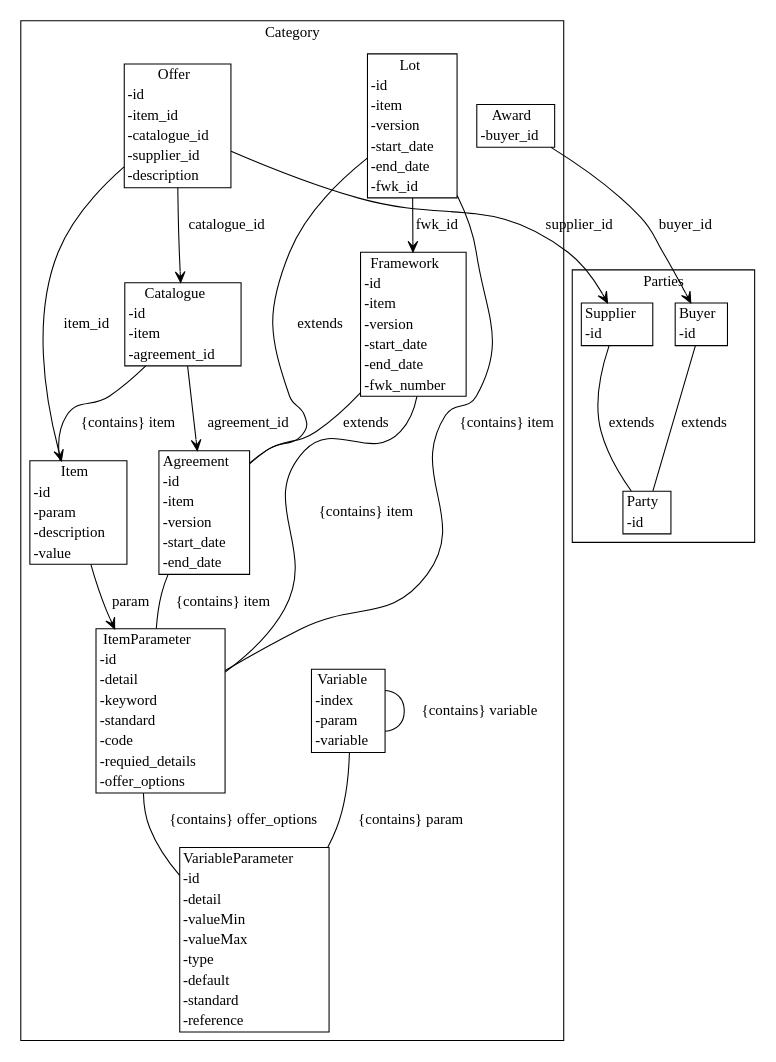
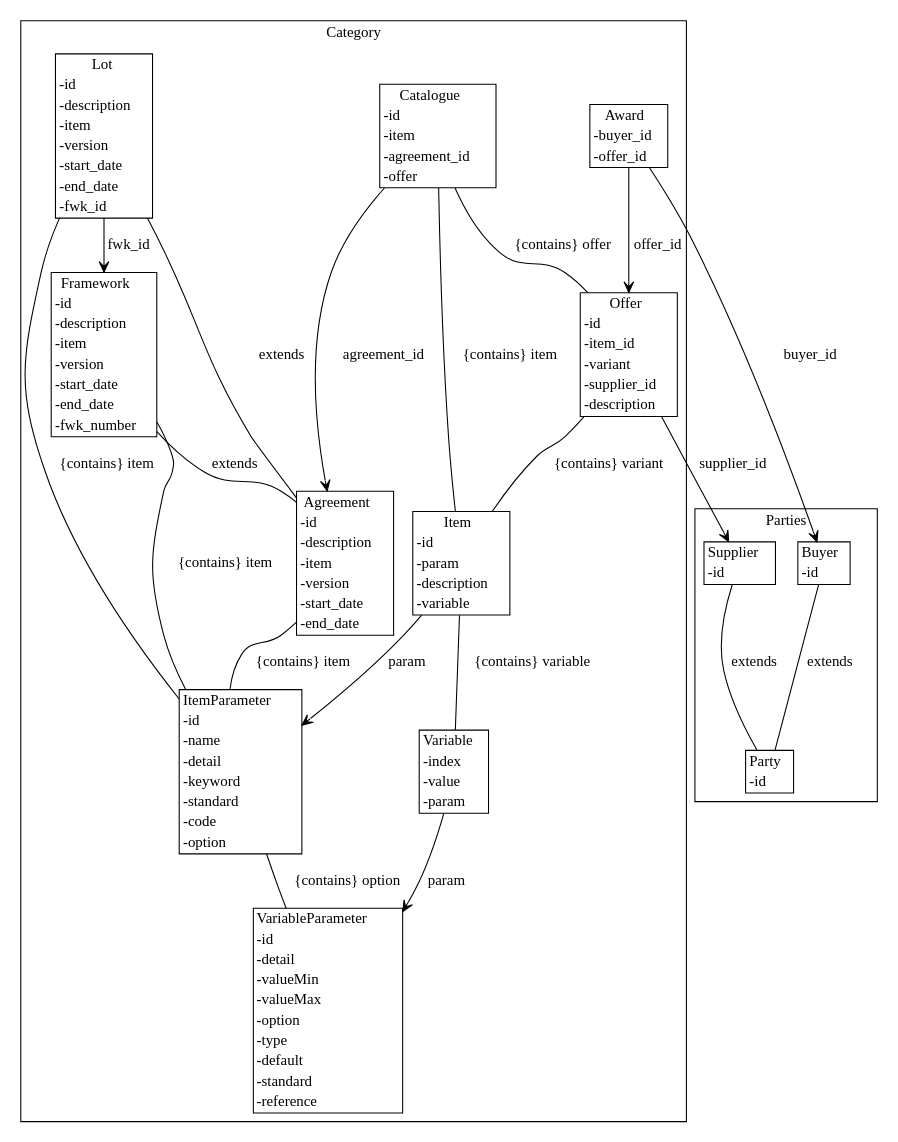
The diagram in agreement-design/gen/diagrams/data_model.dot (Crown-Commercial-Service/cmp-design-prototype), drawn with Graphviz before and after one commit. The commit also changed 6 other files, not shown here.

```diff
--- a/agreement-design/gen/diagrams/data_model.dot
+++ b/agreement-design/gen/diagrams/data_model.dot
@@ -1,42 +1,44 @@
 strict digraph {
 subgraph cluster_Category {
 node [shape=plaintext margin=0];
 label=Category;
-"VariableParameter" [label=<<table BORDER="1" CELLBORDER="0" CELLSPACING="0"><TH><TD>VariableParameter</TD></TH><TR><TD ALIGN="LEFT">-id</TD></TR><TR><TD ALIGN="LEFT">-detail</TD></TR><TR><TD ALIGN="LEFT">-valueMin</TD></TR><TR><TD ALIGN="LEFT">-valueMax</TD></TR><TR><TD ALIGN="LEFT">-type</TD></TR><TR><TD ALIGN="LEFT">-default</TD></TR><TR><TD ALIGN="LEFT">-standard</TD></TR><TR><TD ALIGN="LEFT">-reference</TD></TR></table>>];
-"ItemParameter" [label=<<table BORDER="1" CELLBORDER="0" CELLSPACING="0"><TH><TD>ItemParameter</TD></TH><TR><TD ALIGN="LEFT">-id</TD></TR><TR><TD ALIGN="LEFT">-detail</TD></TR><TR><TD ALIGN="LEFT">-keyword</TD></TR><TR><TD ALIGN="LEFT">-standard</TD></TR><TR><TD ALIGN="LEFT">-code</TD></TR><TR><TD ALIGN="LEFT">-requied_details</TD></TR><TR><TD ALIGN="LEFT">-offer_options</TD></TR></table>>];
-"Agreement" [label=<<table BORDER="1" CELLBORDER="0" CELLSPACING="0"><TH><TD>Agreement</TD></TH><TR><TD ALIGN="LEFT">-id</TD></TR><TR><TD ALIGN="LEFT">-item</TD></TR><TR><TD ALIGN="LEFT">-version</TD></TR><TR><TD ALIGN="LEFT">-start_date</TD></TR><TR><TD ALIGN="LEFT">-end_date</TD></TR></table>>];
-"Framework" [label=<<table BORDER="1" CELLBORDER="0" CELLSPACING="0"><TH><TD>Framework</TD></TH><TR><TD ALIGN="LEFT">-id</TD></TR><TR><TD ALIGN="LEFT">-item</TD></TR><TR><TD ALIGN="LEFT">-version</TD></TR><TR><TD ALIGN="LEFT">-start_date</TD></TR><TR><TD ALIGN="LEFT">-end_date</TD></TR><TR><TD ALIGN="LEFT">-fwk_number</TD></TR></table>>];
-"Lot" [label=<<table BORDER="1" CELLBORDER="0" CELLSPACING="0"><TH><TD>Lot</TD></TH><TR><TD ALIGN="LEFT">-id</TD></TR><TR><TD ALIGN="LEFT">-item</TD></TR><TR><TD ALIGN="LEFT">-version</TD></TR><TR><TD ALIGN="LEFT">-start_date</TD></TR><TR><TD ALIGN="LEFT">-end_date</TD></TR><TR><TD ALIGN="LEFT">-fwk_id</TD></TR></table>>];
-"Variable" [label=<<table BORDER="1" CELLBORDER="0" CELLSPACING="0"><TH><TD>Variable</TD></TH><TR><TD ALIGN="LEFT">-index</TD></TR><TR><TD ALIGN="LEFT">-param</TD></TR><TR><TD ALIGN="LEFT">-variable</TD></TR></table>>];
-"Item" [label=<<table BORDER="1" CELLBORDER="0" CELLSPACING="0"><TH><TD>Item</TD></TH><TR><TD ALIGN="LEFT">-id</TD></TR><TR><TD ALIGN="LEFT">-param</TD></TR><TR><TD ALIGN="LEFT">-description</TD></TR><TR><TD ALIGN="LEFT">-value</TD></TR></table>>];
-"Catalogue" [label=<<table BORDER="1" CELLBORDER="0" CELLSPACING="0"><TH><TD>Catalogue</TD></TH><TR><TD ALIGN="LEFT">-id</TD></TR><TR><TD ALIGN="LEFT">-item</TD></TR><TR><TD ALIGN="LEFT">-agreement_id</TD></TR></table>>];
-"Offer" [label=<<table BORDER="1" CELLBORDER="0" CELLSPACING="0"><TH><TD>Offer</TD></TH><TR><TD ALIGN="LEFT">-id</TD></TR><TR><TD ALIGN="LEFT">-item_id</TD></TR><TR><TD ALIGN="LEFT">-catalogue_id</TD></TR><TR><TD ALIGN="LEFT">-supplier_id</TD></TR><TR><TD ALIGN="LEFT">-description</TD></TR></table>>];
-"Award" [label=<<table BORDER="1" CELLBORDER="0" CELLSPACING="0"><TH><TD>Award</TD></TH><TR><TD ALIGN="LEFT">-buyer_id</TD></TR></table>>];
+"VariableParameter" [label=<<table BORDER="1" CELLBORDER="0" CELLSPACING="0"><TH><TD>VariableParameter</TD></TH><TR><TD ALIGN="LEFT">-id</TD></TR><TR><TD ALIGN="LEFT">-detail</TD></TR><TR><TD ALIGN="LEFT">-valueMin</TD></TR><TR><TD ALIGN="LEFT">-valueMax</TD></TR><TR><TD ALIGN="LEFT">-option</TD></TR><TR><TD ALIGN="LEFT">-type</TD></TR><TR><TD ALIGN="LEFT">-default</TD></TR><TR><TD ALIGN="LEFT">-standard</TD></TR><TR><TD ALIGN="LEFT">-reference</TD></TR></table>>];
+"ItemParameter" [label=<<table BORDER="1" CELLBORDER="0" CELLSPACING="0"><TH><TD>ItemParameter</TD></TH><TR><TD ALIGN="LEFT">-id</TD></TR><TR><TD ALIGN="LEFT">-name</TD></TR><TR><TD ALIGN="LEFT">-detail</TD></TR><TR><TD ALIGN="LEFT">-keyword</TD></TR><TR><TD ALIGN="LEFT">-standard</TD></TR><TR><TD ALIGN="LEFT">-code</TD></TR><TR><TD ALIGN="LEFT">-option</TD></TR></table>>];
+"Agreement" [label=<<table BORDER="1" CELLBORDER="0" CELLSPACING="0"><TH><TD>Agreement</TD></TH><TR><TD ALIGN="LEFT">-id</TD></TR><TR><TD ALIGN="LEFT">-description</TD></TR><TR><TD ALIGN="LEFT">-item</TD></TR><TR><TD ALIGN="LEFT">-version</TD></TR><TR><TD ALIGN="LEFT">-start_date</TD></TR><TR><TD ALIGN="LEFT">-end_date</TD></TR></table>>];
+"Framework" [label=<<table BORDER="1" CELLBORDER="0" CELLSPACING="0"><TH><TD>Framework</TD></TH><TR><TD ALIGN="LEFT">-id</TD></TR><TR><TD ALIGN="LEFT">-description</TD></TR><TR><TD ALIGN="LEFT">-item</TD></TR><TR><TD ALIGN="LEFT">-version</TD></TR><TR><TD ALIGN="LEFT">-start_date</TD></TR><TR><TD ALIGN="LEFT">-end_date</TD></TR><TR><TD ALIGN="LEFT">-fwk_number</TD></TR></table>>];
+"Lot" [label=<<table BORDER="1" CELLBORDER="0" CELLSPACING="0"><TH><TD>Lot</TD></TH><TR><TD ALIGN="LEFT">-id</TD></TR><TR><TD ALIGN="LEFT">-description</TD></TR><TR><TD ALIGN="LEFT">-item</TD></TR><TR><TD ALIGN="LEFT">-version</TD></TR><TR><TD ALIGN="LEFT">-start_date</TD></TR><TR><TD ALIGN="LEFT">-end_date</TD></TR><TR><TD ALIGN="LEFT">-fwk_id</TD></TR></table>>];
+"Variable" [label=<<table BORDER="1" CELLBORDER="0" CELLSPACING="0"><TH><TD>Variable</TD></TH><TR><TD ALIGN="LEFT">-index</TD></TR><TR><TD ALIGN="LEFT">-value</TD></TR><TR><TD ALIGN="LEFT">-param</TD></TR></table>>];
+"Item" [label=<<table BORDER="1" CELLBORDER="0" CELLSPACING="0"><TH><TD>Item</TD></TH><TR><TD ALIGN="LEFT">-id</TD></TR><TR><TD ALIGN="LEFT">-param</TD></TR><TR><TD ALIGN="LEFT">-description</TD></TR><TR><TD ALIGN="LEFT">-variable</TD></TR></table>>];
+"Offer" [label=<<table BORDER="1" CELLBORDER="0" CELLSPACING="0"><TH><TD>Offer</TD></TH><TR><TD ALIGN="LEFT">-id</TD></TR><TR><TD ALIGN="LEFT">-item_id</TD></TR><TR><TD ALIGN="LEFT">-variant</TD></TR><TR><TD ALIGN="LEFT">-supplier_id</TD></TR><TR><TD ALIGN="LEFT">-description</TD></TR></table>>];
+"Catalogue" [label=<<table BORDER="1" CELLBORDER="0" CELLSPACING="0"><TH><TD>Catalogue</TD></TH><TR><TD ALIGN="LEFT">-id</TD></TR><TR><TD ALIGN="LEFT">-item</TD></TR><TR><TD ALIGN="LEFT">-agreement_id</TD></TR><TR><TD ALIGN="LEFT">-offer</TD></TR></table>>];
+"Award" [label=<<table BORDER="1" CELLBORDER="0" CELLSPACING="0"><TH><TD>Award</TD></TH><TR><TD ALIGN="LEFT">-buyer_id</TD></TR><TR><TD ALIGN="LEFT">-offer_id</TD></TR></table>>];
 }
 subgraph cluster_Parties {
 node [shape=plaintext margin=0];
 label=Parties;
 "Party" [label=<<table BORDER="1" CELLBORDER="0" CELLSPACING="0"><TH><TD>Party</TD></TH><TR><TD ALIGN="LEFT">-id</TD></TR></table>>];
 "Supplier" [label=<<table BORDER="1" CELLBORDER="0" CELLSPACING="0"><TH><TD>Supplier</TD></TH><TR><TD ALIGN="LEFT">-id</TD></TR></table>>];
 "Buyer" [label=<<table BORDER="1" CELLBORDER="0" CELLSPACING="0"><TH><TD>Buyer</TD></TH><TR><TD ALIGN="LEFT">-id</TD></TR></table>>];
 }
-"ItemParameter" -> "VariableParameter" [label="{contains} requied_details" arrowhead = "none" arrowtail = "diamond" ];
-"ItemParameter" -> "VariableParameter" [label="{contains} offer_options" arrowhead = "none" arrowtail = "diamond" ];
+"ItemParameter" -> "VariableParameter" [label="{contains} detail" arrowhead = "none" arrowtail = "diamond" ];
+"ItemParameter" -> "VariableParameter" [label="{contains} option" arrowhead = "none" arrowtail = "diamond" ];
 "Agreement" -> "ItemParameter" [label="{contains} item" arrowhead = "none" arrowtail = "diamond" ];
 "Framework" -> "Agreement" [label="extends" arrowhead = "none" arrowtail = "normal" ];
 "Framework" -> "ItemParameter" [label="{contains} item" arrowhead = "none" arrowtail = "diamond" ];
 "Lot" -> "Agreement" [label="extends" arrowhead = "none" arrowtail = "normal" ];
 "Lot" -> "ItemParameter" [label="{contains} item" arrowhead = "none" arrowtail = "diamond" ];
 "Lot" -> "Framework" [label="fwk_id" arrowhead = "open" arrowtail = "none" ];
-"Variable" -> "VariableParameter" [label="{contains} param" arrowhead = "none" arrowtail = "diamond" ];
-"Variable" -> "Variable" [label="{contains} variable" arrowhead = "none" arrowtail = "diamond" ];
+"Variable" -> "VariableParameter" [label="param" arrowhead = "open" arrowtail = "none" ];
 "Item" -> "ItemParameter" [label="param" arrowhead = "open" arrowtail = "none" ];
+"Item" -> "Variable" [label="{contains} variable" arrowhead = "none" arrowtail = "diamond" ];
+"Offer" -> "Item" [label="item_id" arrowhead = "open" arrowtail = "none" ];
+"Offer" -> "Item" [label="{contains} variant" arrowhead = "none" arrowtail = "diamond" ];
+"Offer" -> "Supplier" [label="supplier_id" arrowhead = "open" arrowtail = "none" ];
 "Catalogue" -> "Item" [label="{contains} item" arrowhead = "none" arrowtail = "diamond" ];
 "Catalogue" -> "Agreement" [label="agreement_id" arrowhead = "open" arrowtail = "none" ];
-"Offer" -> "Item" [label="item_id" arrowhead = "open" arrowtail = "none" ];
-"Offer" -> "Catalogue" [label="catalogue_id" arrowhead = "open" arrowtail = "none" ];
-"Offer" -> "Supplier" [label="supplier_id" arrowhead = "open" arrowtail = "none" ];
+"Catalogue" -> "Offer" [label="{contains} offer" arrowhead = "none" arrowtail = "diamond" ];
 "Award" -> "Buyer" [label="buyer_id" arrowhead = "open" arrowtail = "none" ];
+"Award" -> "Offer" [label="offer_id" arrowhead = "open" arrowtail = "none" ];
 "Supplier" -> "Party" [label="extends" arrowhead = "none" arrowtail = "normal" ];
 "Buyer" -> "Party" [label="extends" arrowhead = "none" arrowtail = "normal" ];
 }
```
